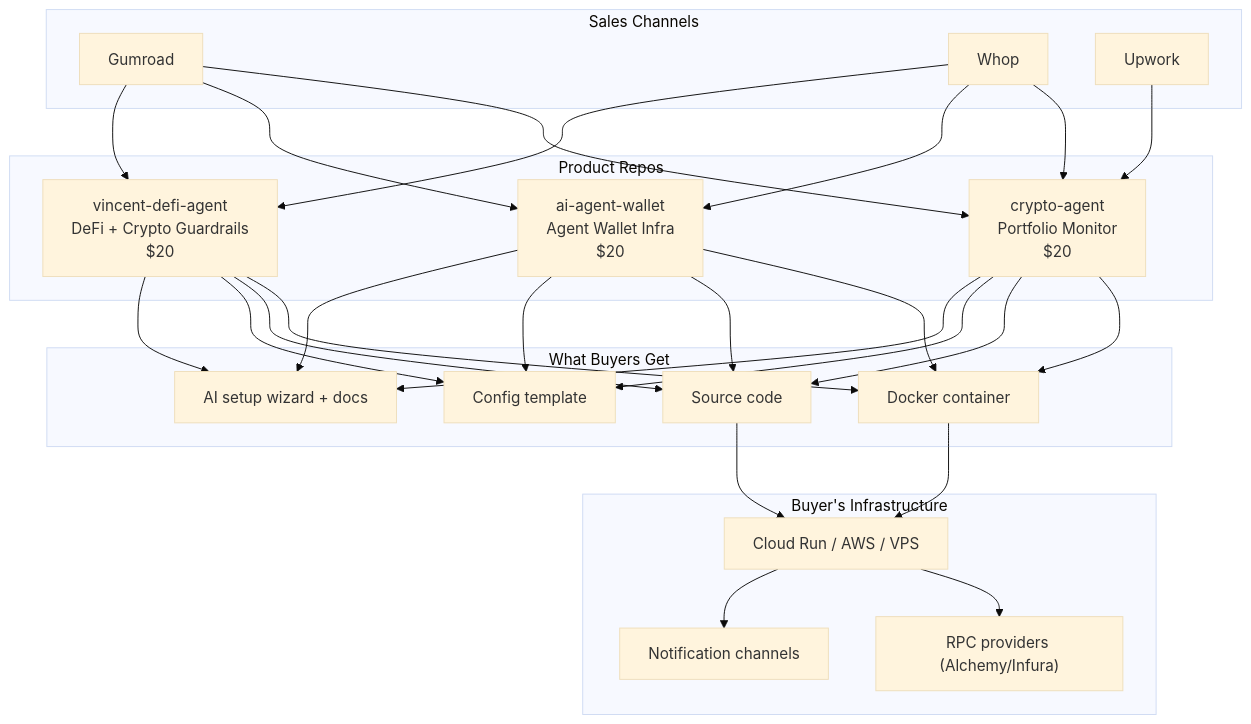
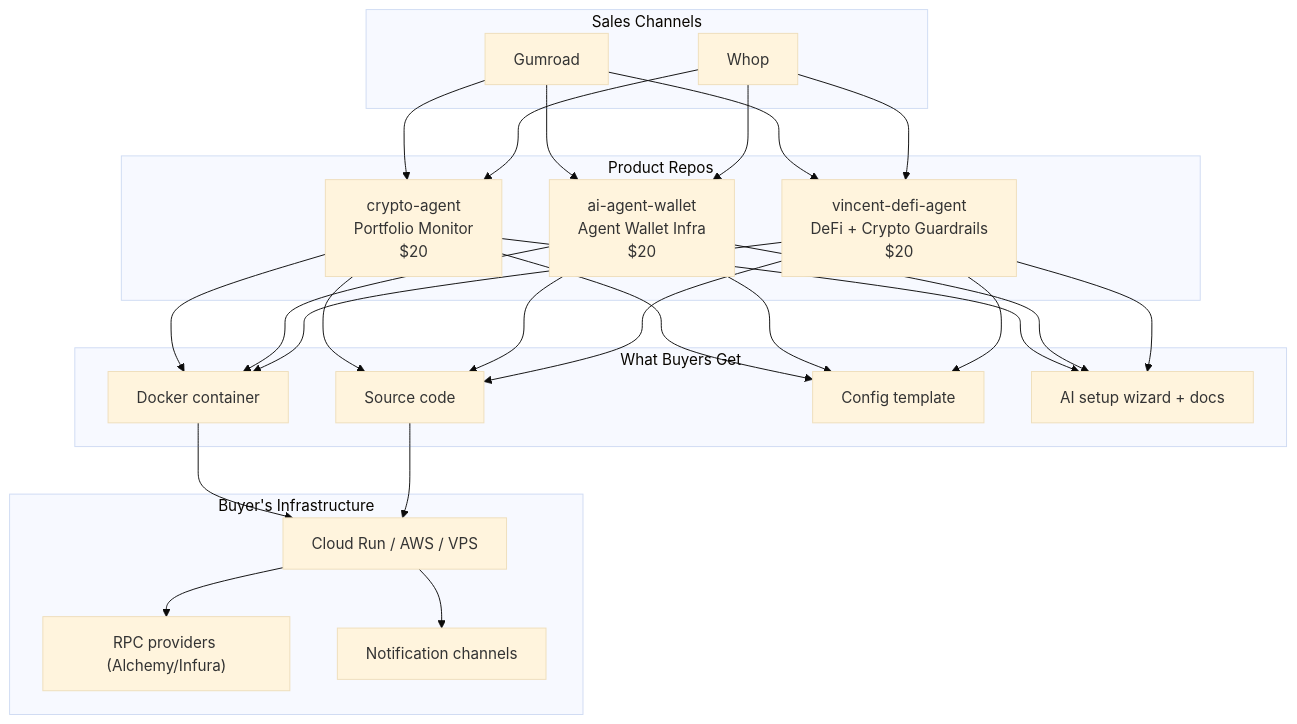
Before and after one commit to intent-solutions-io/products-workspace: the diagram in README.md, drawn with Mermaid (base theme). The commit also changed other lines of this file and 1 other file, not shown here.

Commit message:
docs: remove Upwork references, update sales channel status
Upwork channel discontinued. Whop status corrected to "Live".

````diff
--- a/README.md
+++ b/README.md
@@ -19,35 +19,33 @@
 ```mermaid
 flowchart TB
     subgraph Marketplaces["Sales Channels"]
         GR[Gumroad]
         WH[Whop]
-        UW[Upwork]
     end
 
     subgraph Products["Product Repos"]
         CA["crypto-agent<br/>Portfolio Monitor<br/>$20"]
         AW["ai-agent-wallet<br/>Agent Wallet Infra<br/>$20"]
         VD["vincent-defi-agent<br/>DeFi + Crypto Guardrails<br/>$20"]
     end
 
     subgraph Deliverables["What Buyers Get"]
         D1["Docker container"]
         D2["Source code"]
         D3["Config template"]
         D4["AI setup wizard + docs"]
     end
 
     subgraph Buyer["Buyer's Infrastructure"]
         B1["Cloud Run / AWS / VPS"]
         B2["RPC providers (Alchemy/Infura)"]
         B3["Notification channels"]
     end
 
     GR --> CA & AW & VD
     WH --> CA & AW & VD
-    UW --> CA
 
     CA & AW & VD --> D1 & D2 & D3 & D4
     D1 & D2 --> B1
     B1 --> B2 & B3
 ```
````
